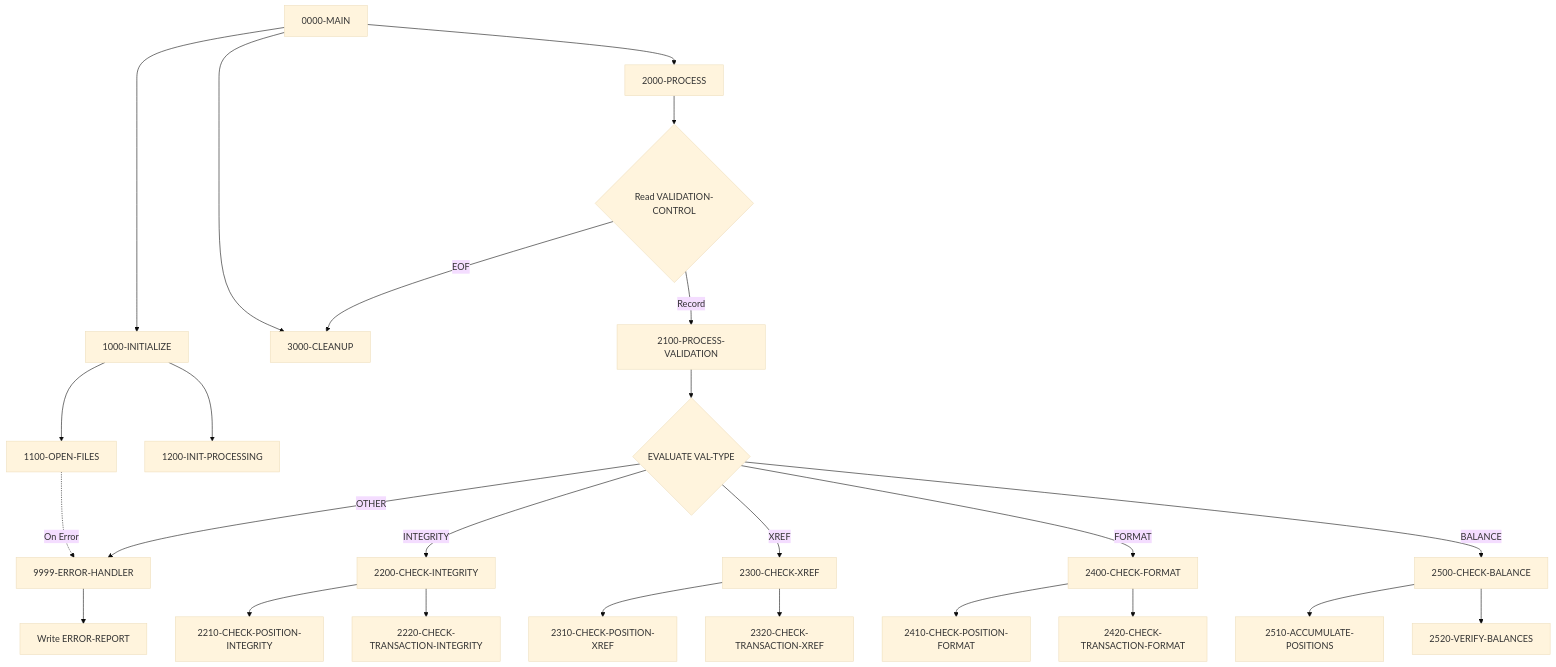
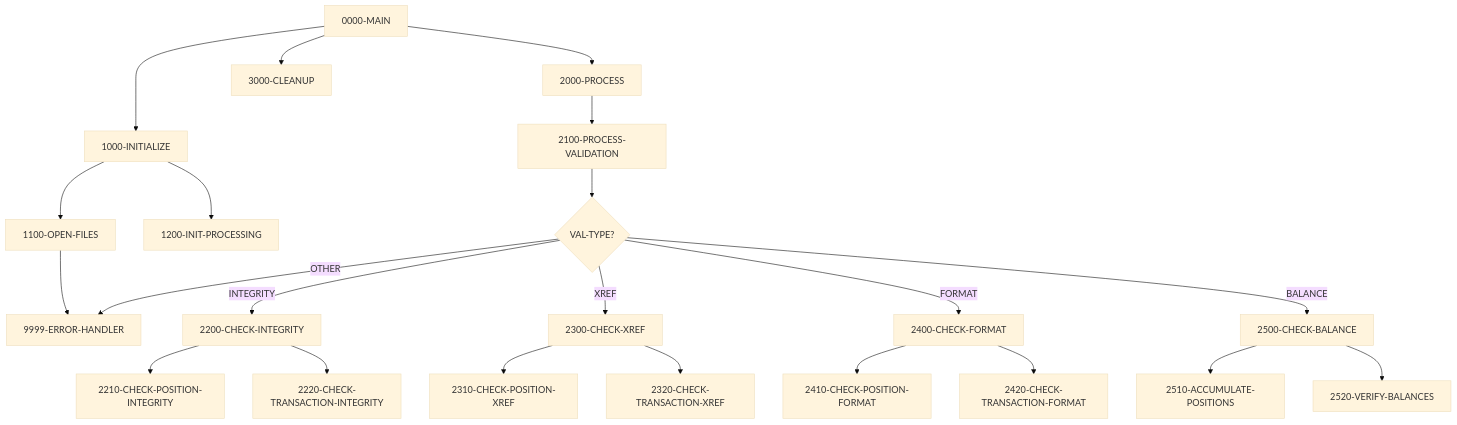
One commit to haladir-com/legacy-benchmark-docs-vb70e1 changed the diagram in docs/programs/UTLVAL00.mdx. Above: the diagram before and after it, drawn with Mermaid (base theme). The commit also changed other lines of this file and 64 other files, not shown here.

````diff
--- a/docs/programs/UTLVAL00.mdx
+++ b/docs/programs/UTLVAL00.mdx
@@ -21,35 +23,31 @@
 ```mermaid
 graph TD
     A[0000-MAIN] --> B[1000-INITIALIZE]
     A --> C[2000-PROCESS]
     A --> D[3000-CLEANUP]
     
     B --> B1[1100-OPEN-FILES]
     B --> B2[1200-INIT-PROCESSING]
-    B1 -.->|On Error| E[9999-ERROR-HANDLER]
+    B1 --> E[9999-ERROR-HANDLER]
     
-    C --> C1{Read VALIDATION-CONTROL}
-    C1 -->|EOF| D
-    C1 -->|Record| C2[2100-PROCESS-VALIDATION]
+    C --> C1[2100-PROCESS-VALIDATION]
     
-    C2 --> F{EVALUATE VAL-TYPE}
+    C1 --> F{VAL-TYPE?}
     F -->|INTEGRITY| G[2200-CHECK-INTEGRITY]
     F -->|XREF| H[2300-CHECK-XREF]
     F -->|FORMAT| I[2400-CHECK-FORMAT]
     F -->|BALANCE| J[2500-CHECK-BALANCE]
     F -->|OTHER| E
     
     G --> G1[2210-CHECK-POSITION-INTEGRITY]
     G --> G2[2220-CHECK-TRANSACTION-INTEGRITY]
     
     H --> H1[2310-CHECK-POSITION-XREF]
     H --> H2[2320-CHECK-TRANSACTION-XREF]
     
     I --> I1[2410-CHECK-POSITION-FORMAT]
     I --> I2[2420-CHECK-TRANSACTION-FORMAT]
     
     J --> J1[2510-ACCUMULATE-POSITIONS]
     J --> J2[2520-VERIFY-BALANCES]
-    
-    E --> E1[Write ERROR-REPORT]
 ```
````
